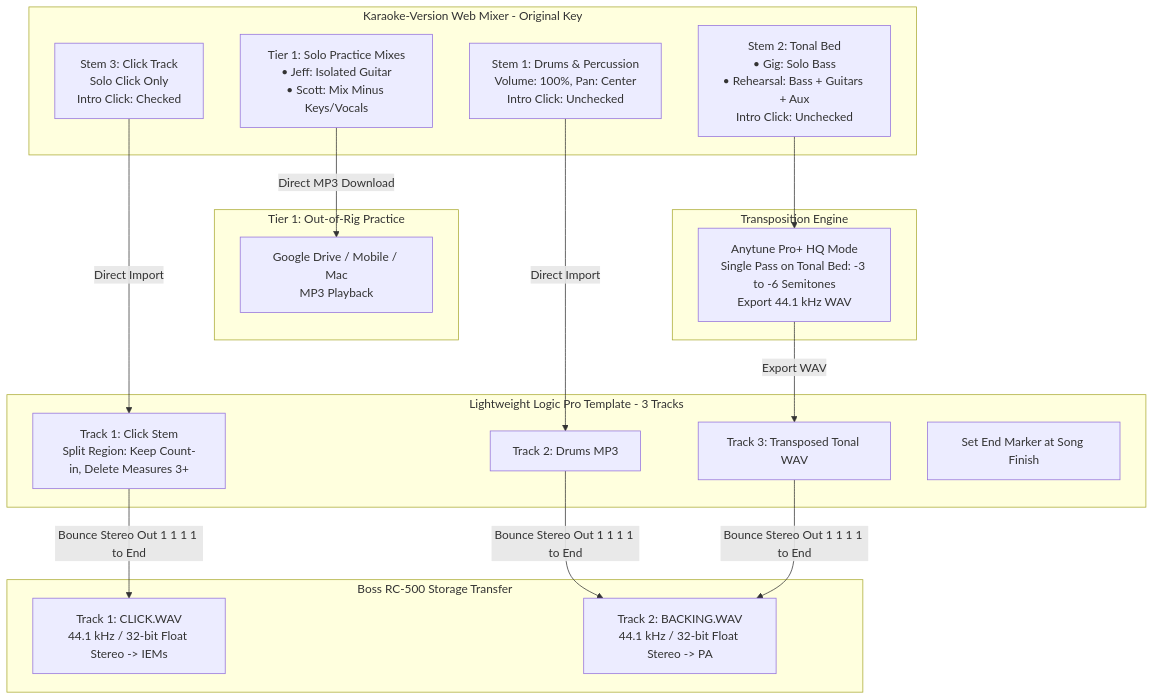
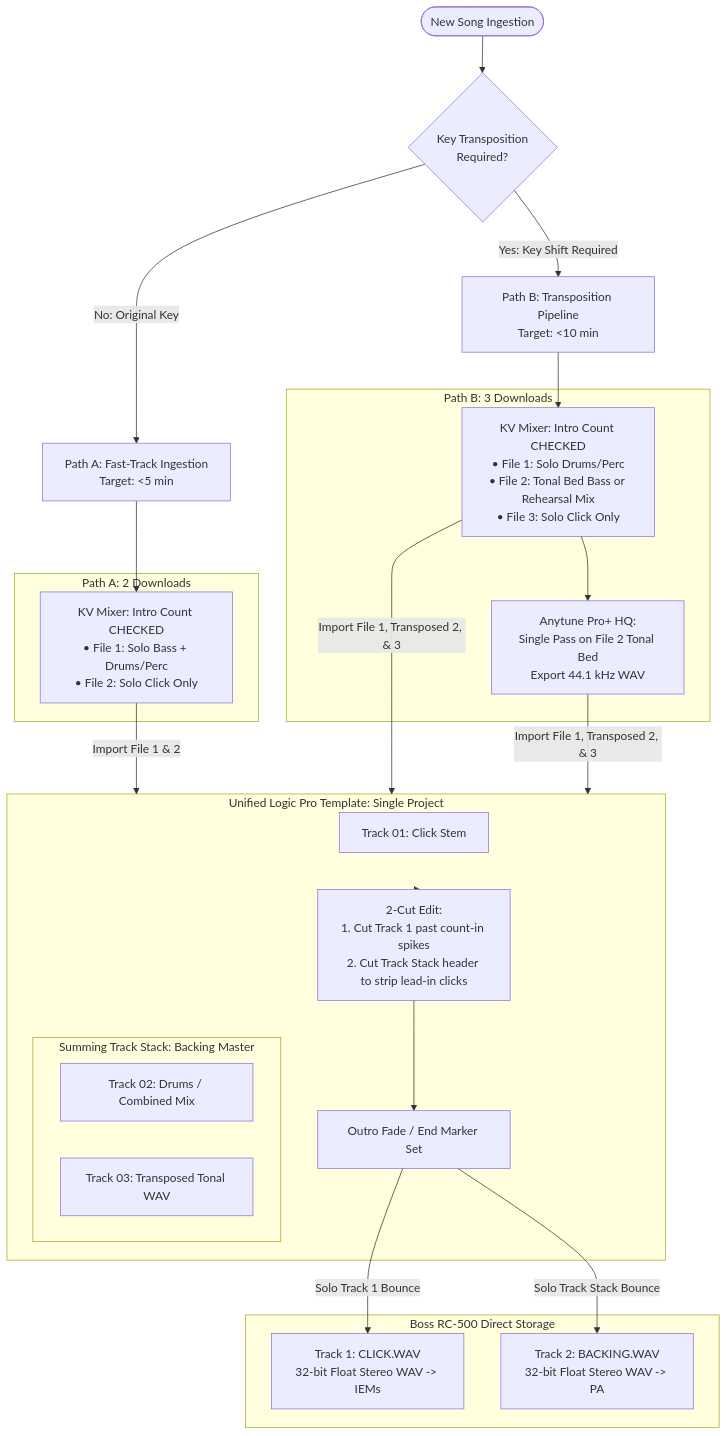
Before and after one commit to scottwdavidson/chordprotools: the diagram in docs/architecture/backing-track-curation-adr.md, drawn with Mermaid. The commit also changed other lines of this file, not shown here.

Commit message:
detailing out steps more

````diff
--- a/docs/architecture/backing-track-curation-adr.md
+++ b/docs/architecture/backing-track-curation-adr.md
@@ -76,41 +55,44 @@
 ```mermaid
 flowchart TD
-    subgraph KV[Karaoke-Version Web Mixer - Original Key]
-        KV1[Stem 1: Drums & Percussion<br/>Volume: 100%, Pan: Center<br/>Intro Click: Unchecked]
-        KV2[Stem 2: Tonal Bed<br/>• Gig: Solo Bass<br/>• Rehearsal: Bass + Guitars + Aux<br/>Intro Click: Unchecked]
-        KV3[Stem 3: Click Track<br/>Solo Click Only<br/>Intro Click: Checked]
-        KV4[Tier 1: Solo Practice Mixes<br/>• Jeff: Isolated Guitar<br/>• Scott: Mix Minus Keys/Vocals]
+    Start([New Song Ingestion]) --> Check{Key Transposition<br/>Required?}
+
+    %% Path A
+    Check -->|No: Original Key| PathA[Path A: Fast-Track Ingestion<br/>Target: <5 min]
+    subgraph FastTrack[Path A: 2 Downloads]
+        A1[KV Mixer: Intro Count CHECKED<br/>• File 1: Solo Bass + Drums/Perc<br/>• File 2: Solo Click Only]
+    end
+    PathA --> A1
+
+    %% Path B
+    Check -->|Yes: Key Shift Required| PathB[Path B: Transposition Pipeline<br/>Target: <10 min]
+    subgraph PitchTrack[Path B: 3 Downloads]
+        B1[KV Mixer: Intro Count CHECKED<br/>• File 1: Solo Drums/Perc<br/>• File 2: Tonal Bed Bass or Rehearsal Mix<br/>• File 3: Solo Click Only]
+        B2[Anytune Pro+ HQ:<br/>Single Pass on File 2 Tonal Bed<br/>Export 44.1 kHz WAV]
+    end
+    PathB --> B1 --> B2
+
+    %% Unified DAW Template
+    subgraph Logic[Unified Logic Pro Template: Single Project]
+        T1[Track 01: Click Stem]
+        subgraph Stack[Summing Track Stack: Backing Master]
+            T2[Track 02: Drums / Combined Mix]
+            T3[Track 03: Transposed Tonal WAV]
+        end
+        E1[2-Cut Edit:<br/>1. Cut Track 1 past count-in spikes<br/>2. Cut Track Stack header to strip lead-in clicks]
+        E2[Outro Fade / End Marker Set]
     end
 
-    subgraph Solo[Tier 1: Out-of-Rig Practice]
-        GD[Google Drive / Mobile / Mac<br/>MP3 Playback]
+    A1 -->|Import File 1 & 2| Logic
+    B1 & B2 -->|Import File 1, Transposed 2, & 3| Logic
+    Logic --> E1 --> E2
+
+    %% Output
+    subgraph RC500[Boss RC-500 Direct Storage]
+        W1[Track 1: CLICK.WAV<br/>32-bit Float Stereo WAV -> IEMs]
+        W2[Track 2: BACKING.WAV<br/>32-bit Float Stereo WAV -> PA]
     end
 
-    subgraph Pitch[Transposition Engine]
-        AT[Anytune Pro+ HQ Mode<br/>Single Pass on Tonal Bed: -3 to -6 Semitones<br/>Export 44.1 kHz WAV]
-    end
-
-    subgraph DAW[Lightweight Logic Pro Template - 3 Tracks]
-        L1[Track 1: Click Stem<br/>Split Region: Keep Count-in, Delete Measures 3+]
-        L2[Track 2: Drums MP3]
-        L3[Track 3: Transposed Tonal WAV]
-        L4[Set End Marker at Song Finish]
-    end
-
-    subgraph RC500[Boss RC-500 Storage Transfer]
-        R1[Track 1: CLICK.WAV<br/>44.1 kHz / 32-bit Float Stereo -> IEMs]
-        R2[Track 2: BACKING.WAV<br/>44.1 kHz / 32-bit Float Stereo -> PA]
-    end
-
-    %% Routing
-    KV4 -->|Direct MP3 Download| GD
-
-    KV1 -->|Direct Import| L2
-    KV2 --> AT
-    AT -->|Export WAV| L3
-    KV3 -->|Direct Import| L1
-
-    L1 -->|Bounce Stereo Out 1 1 1 1 to End| R1
-    L2 & L3 -->|Bounce Stereo Out 1 1 1 1 to End| R2
+    E2 -->|Solo Track 1 Bounce| W1
+    E2 -->|Solo Track Stack Bounce| W2
 
 ```
````
